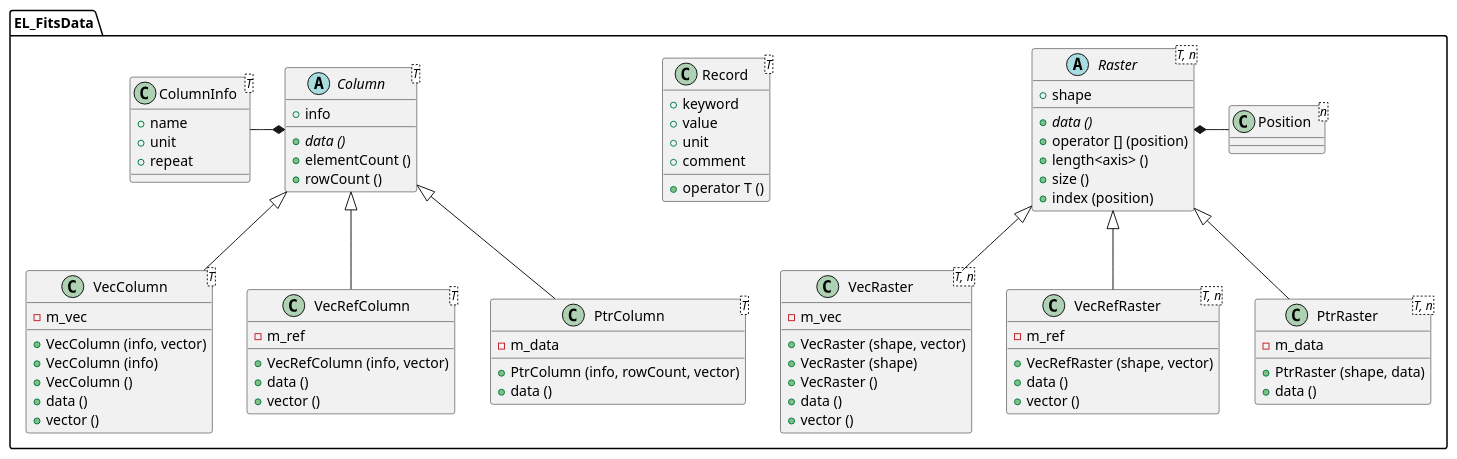
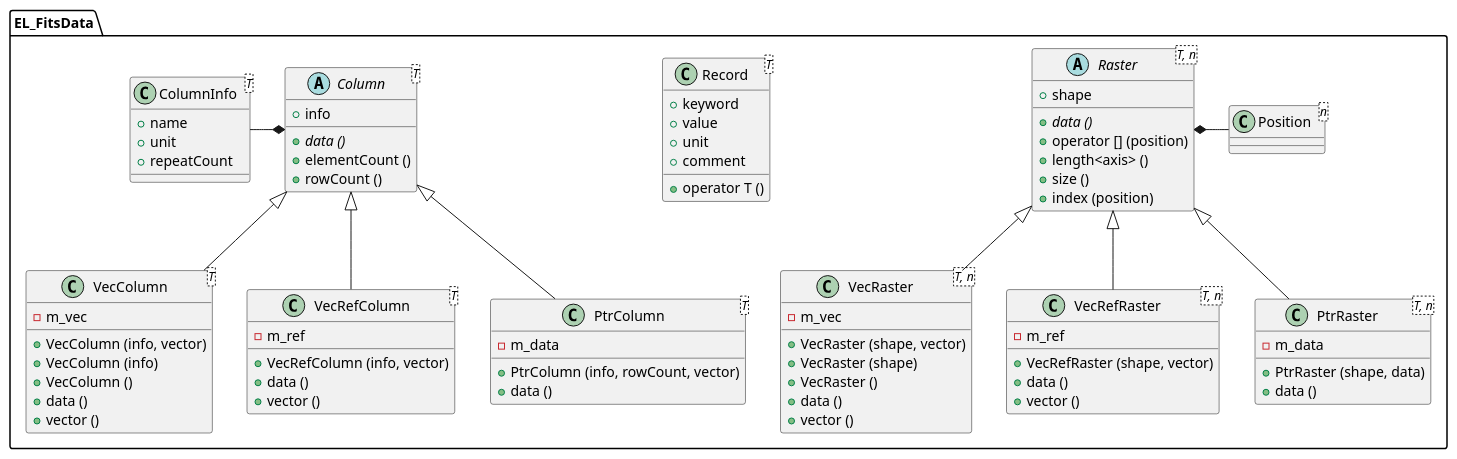
One commit to CNES/EleFits changed the diagram in doc/diagrams/src/FitsData.puml. Above: the diagram before and after it, drawn with PlantUML. The commit also changed 14 other files, not shown here.

Commit message:
Rename repeat as repeatCount

```diff
--- a/doc/diagrams/src/FitsData.puml
+++ b/doc/diagrams/src/FitsData.puml
@@ -1,96 +1,96 @@
 @startuml
 
 package EL_FitsData {
 
 Raster <|-- VecRaster
 Raster <|-- VecRefRaster
 Raster <|-- PtrRaster
 Raster *- Position
 
 Record -[hidden] Record
 
 Column <|-- VecColumn
 Column <|-- VecRefColumn
 Column <|-- PtrColumn
 ColumnInfo -* Column
 
 class Position<n> {
 }
 
 abstract class Raster<T, n> {
 + shape
 + {abstract} data ()
 + operator [] (position)
 + length<axis> ()
 + size ()
 + index (position)
 }
 
 class VecRaster<T, n> {
 - m_vec
 + VecRaster (shape, vector)
 + VecRaster (shape)
 + VecRaster ()
 + data ()
 + vector ()
 }
 
 class VecRefRaster<T, n> {
 - m_ref
 + VecRefRaster (shape, vector)
 + data ()
 + vector ()
 }
 
 class PtrRaster<T, n> {
 - m_data
 + PtrRaster (shape, data)
 + data ()
 }
 
 class Record<T> {
 + keyword
 + value
 + unit
 + comment
 + operator T ()
 }
 
 class ColumnInfo<T> {
 + name
 + unit
-+ repeat
++ repeatCount
 }
 
 abstract class Column<T> {
 + info
 + {abstract} data ()
 + elementCount ()
 + rowCount ()
 }
 
 class VecColumn<T> {
 - m_vec
 + VecColumn (info, vector)
 + VecColumn (info)
 + VecColumn ()
 + data ()
 + vector ()
 }
 
 class VecRefColumn<T> {
 - m_ref
 + VecRefColumn (info, vector)
 + data ()
 + vector ()
 }
 
 class PtrColumn<T> {
 - m_data
 + PtrColumn (info, rowCount, vector)
 + data ()
 }
 
 }
 
 @enduml
```
